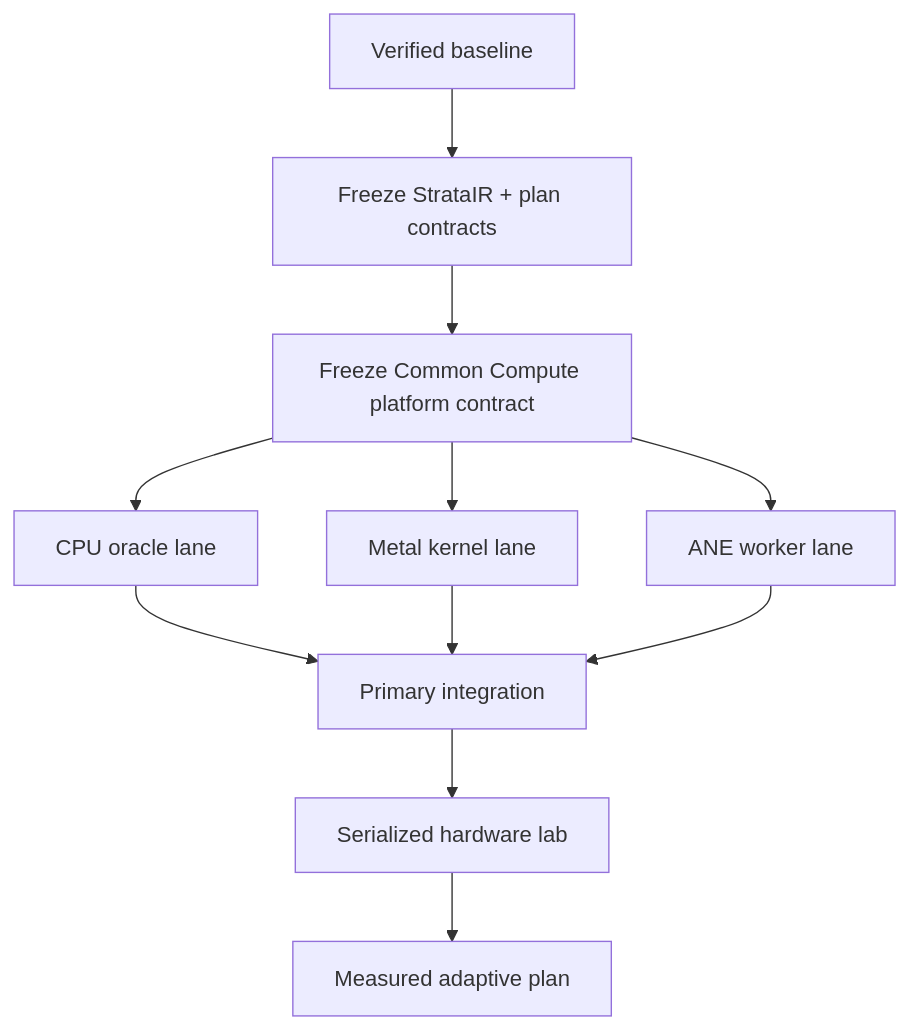
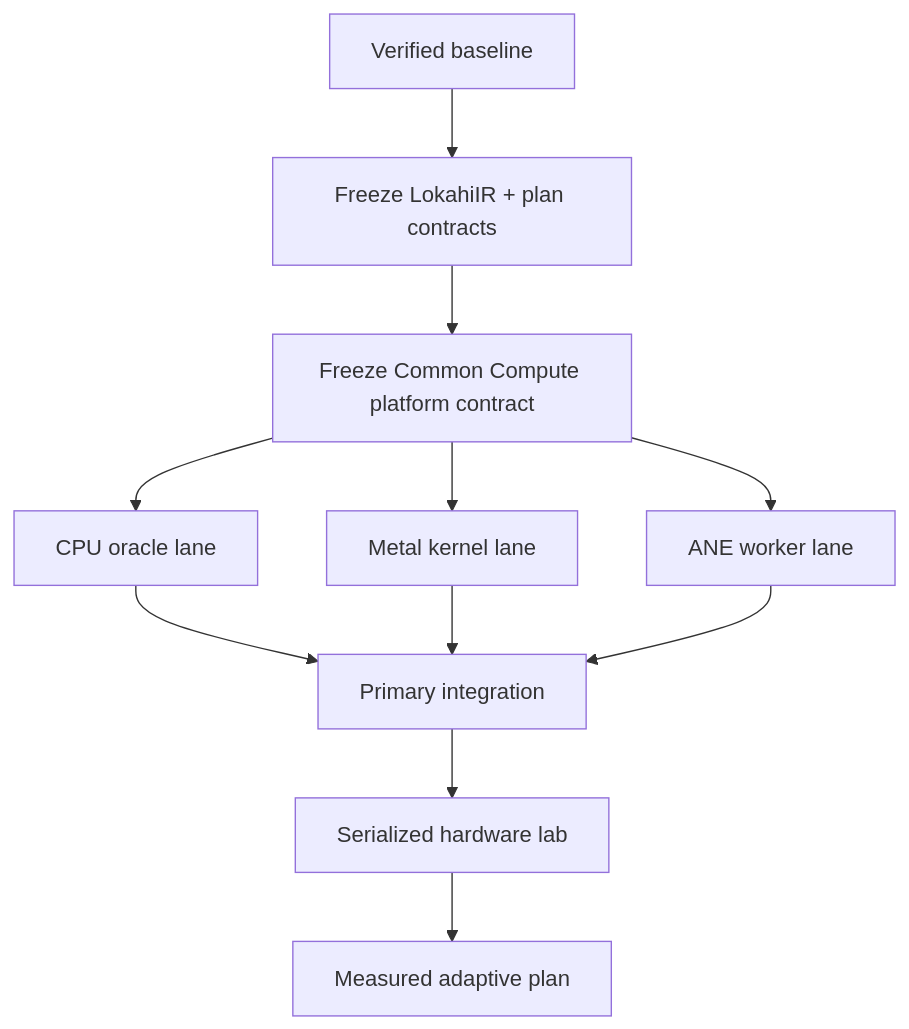
The diagram in docs/AGENTIC_ENGINEERING.md (Ikaikaalika/strata), drawn with Mermaid before and after one commit. The commit also changed other lines of this file and 199 other files, not shown here.

First line of the commit message:
Rename Strata to Lokahi and ollm package to lokahi

````diff
--- a/docs/AGENTIC_ENGINEERING.md
+++ b/docs/AGENTIC_ENGINEERING.md
@@ -24,13 +24,13 @@
 ```mermaid
 flowchart TD
-    BASE["Verified baseline"] --> CONTRACT["Freeze StrataIR + plan contracts"]
+    BASE["Verified baseline"] --> CONTRACT["Freeze LokahiIR + plan contracts"]
     CONTRACT --> PLATFORM["Freeze Common Compute platform contract"]
     PLATFORM --> CPU["CPU oracle lane"]
     PLATFORM --> METAL["Metal kernel lane"]
     PLATFORM --> ANE["ANE worker lane"]
     CPU --> INTEGRATE["Primary integration"]
     METAL --> INTEGRATE
     ANE --> INTEGRATE
     INTEGRATE --> LAB["Serialized hardware lab"]
     LAB --> PLAN["Measured adaptive plan"]
 ```
````
